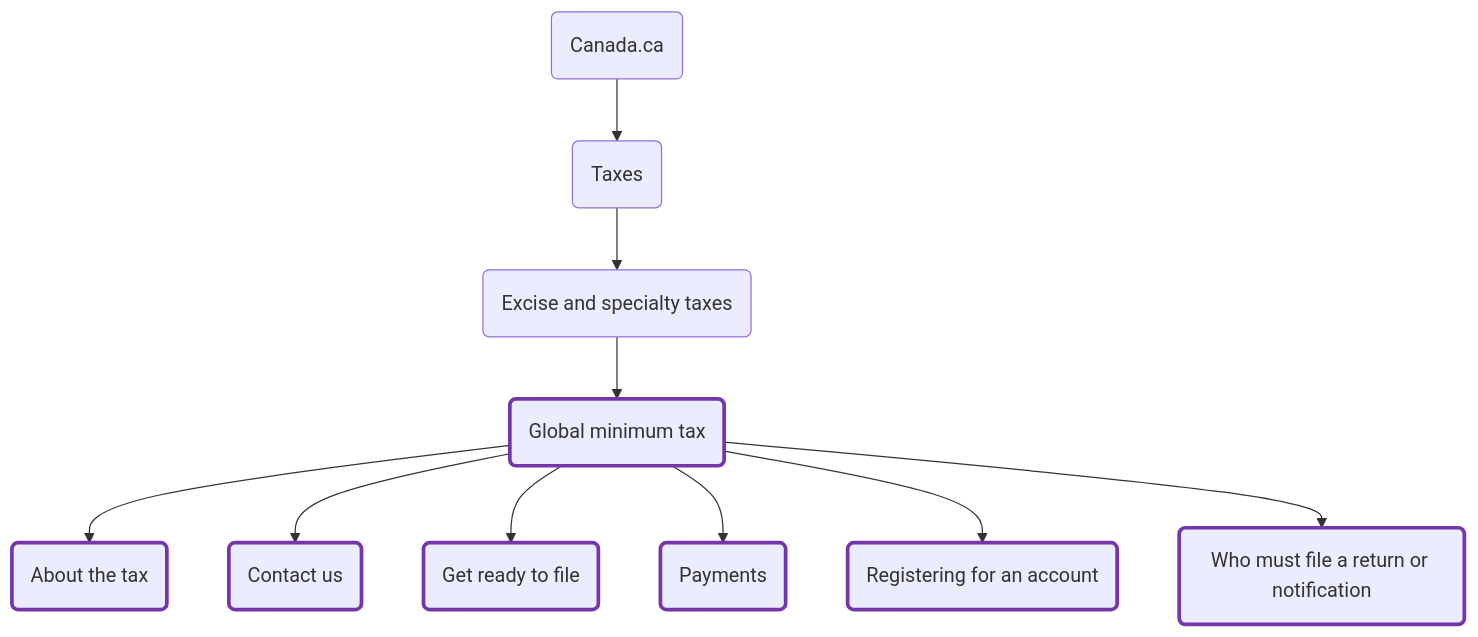
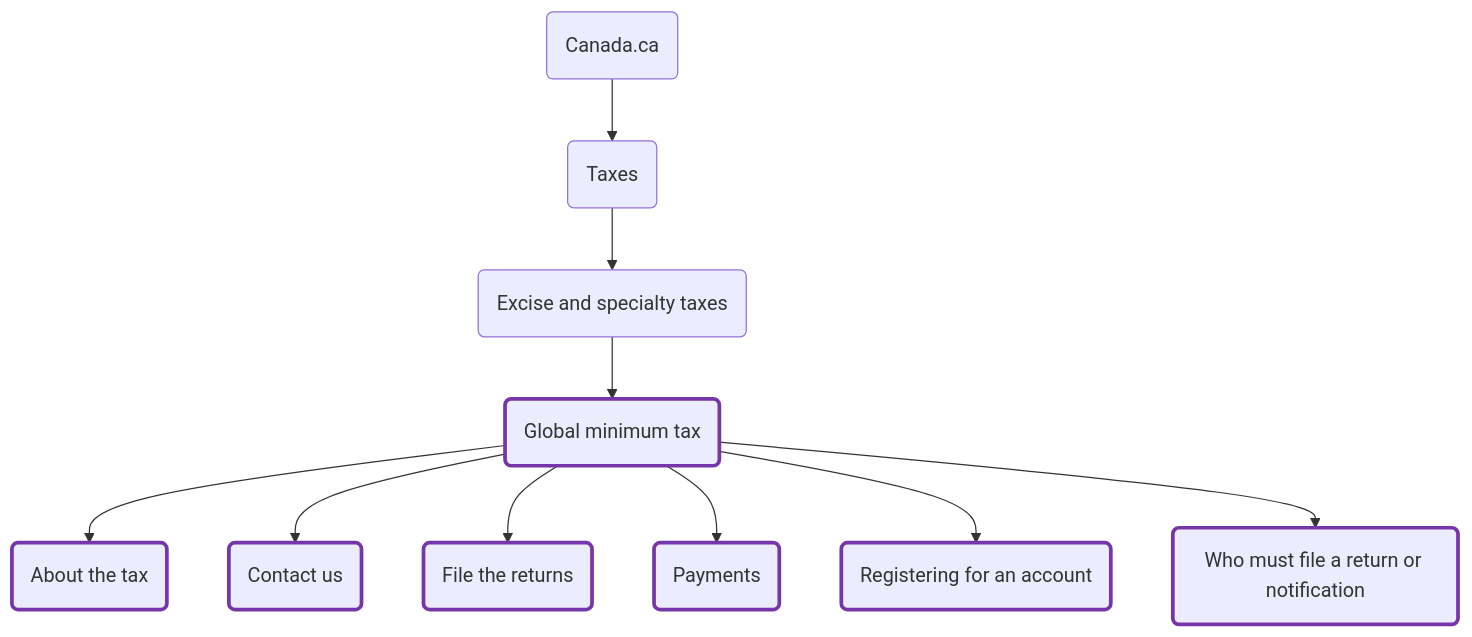
One commit to cra-proto/gmt-updates-2026 changed the diagram in README.md. Above: the diagram before and after it, drawn with Mermaid. The commit also changed 10 other files, not shown here.

Commit message:
rename get ready to file

````diff
--- a/README.md
+++ b/README.md
@@ -32,34 +32,34 @@
 ```mermaid
 flowchart TD;
     node1(Canada.ca)
     node2(Taxes)
     node3(Excise and specialty taxes)
     node4(Global minimum tax)
     node5(About the tax)
     node6(Contact us)
-    node7(Get ready to file)
+    node7(File the returns)
     node8(Payments)
     node9(Registering for an account)
     node10(Who must file a return or notification)
     node1 --> node2
     node2 --> node3
     node3 --> node4
     node4 --> node5
     node4 --> node6
     node4 --> node7
     node4 --> node8
     node4 --> node9
     node4 --> node10
     click node1 "https://www.canada.ca/en.html" _blank
     click node2 "https://www.canada.ca/en/services/taxes.html" _blank
     click node3 "https://www.canada.ca/en/services/taxes/excise-taxes-duties-and-levies.html" _blank
     click node4 "https://www.canada.ca/en/services/taxes/excise-taxes-duties-and-levies/global-minimum-tax.html" _blank
     click node5 "https://www.canada.ca/en/services/taxes/excise-taxes-duties-and-levies/global-minimum-tax/about.html" _blank
     click node6 "https://www.canada.ca/en/services/taxes/excise-taxes-duties-and-levies/global-minimum-tax/contact.html" _blank
-    click node7 "https://www.canada.ca/en/services/taxes/excise-taxes-duties-and-levies/global-minimum-tax/get-ready-file.html" _blank
+    click node7 "https://www.canada.ca/en/services/taxes/excise-taxes-duties-and-levies/global-minimum-tax/file-returns.html" _blank
     click node8 "https://www.canada.ca/en/services/taxes/excise-taxes-duties-and-levies/global-minimum-tax/pay-the-tax.html" _blank
     click node9 "https://www.canada.ca/en/services/taxes/excise-taxes-duties-and-levies/global-minimum-tax/register-account.html" _blank
     click node10 "https://www.canada.ca/en/services/taxes/excise-taxes-duties-and-levies/global-minimum-tax/who-must-file.html" _blank
     classDef inscope stroke:#7636ab,stroke-width:3px
     class node4,node5,node6,node7,node8,node9,node10 inscope
 ```
````
